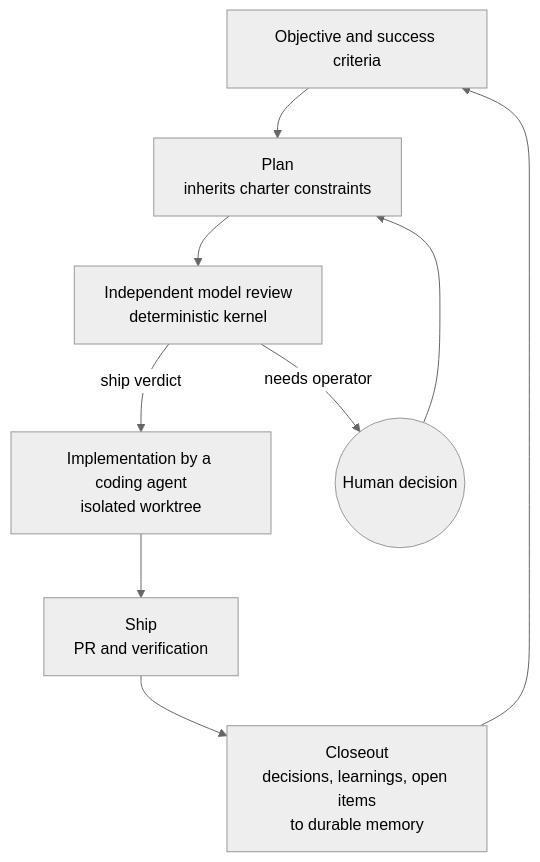
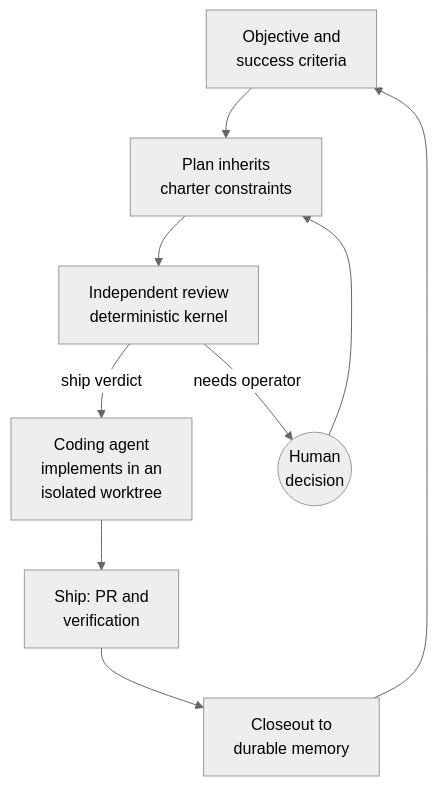
Before and after one commit to justinzealand/executive-ai-portfolio: the diagram in diagrams/01-objective-lifecycle.mmd, drawn with Mermaid (neutral theme). The commit also changed 5 other files, not shown here.

Commit message:
Short diagram labels for GitHub blob-view rendering

```diff
--- a/diagrams/01-objective-lifecycle.mmd
+++ b/diagrams/01-objective-lifecycle.mmd
@@ -1,9 +1,9 @@
 flowchart TB
-  O["Objective and success criteria"] --> P["Plan<br/>inherits charter constraints"]
-  P --> RV["Independent model review<br/>deterministic kernel"]
-  RV -->|ship verdict| I["Implementation by a coding agent<br/>isolated worktree"]
-  I --> S["Ship<br/>PR and verification"]
-  S --> CL["Closeout<br/>decisions, learnings, open items<br/>to durable memory"]
+  O["Objective and<br/>success criteria"] --> P["Plan inherits<br/>charter constraints"]
+  P --> RV["Independent review<br/>deterministic kernel"]
+  RV -->|ship verdict| I["Coding agent<br/>implements in an<br/>isolated worktree"]
+  I --> S["Ship: PR and<br/>verification"]
+  S --> CL["Closeout to<br/>durable memory"]
   CL --> O
-  RV -->|needs operator| HD(("Human decision"))
+  RV -->|needs operator| HD(("Human<br/>decision"))
   HD --> P
```
